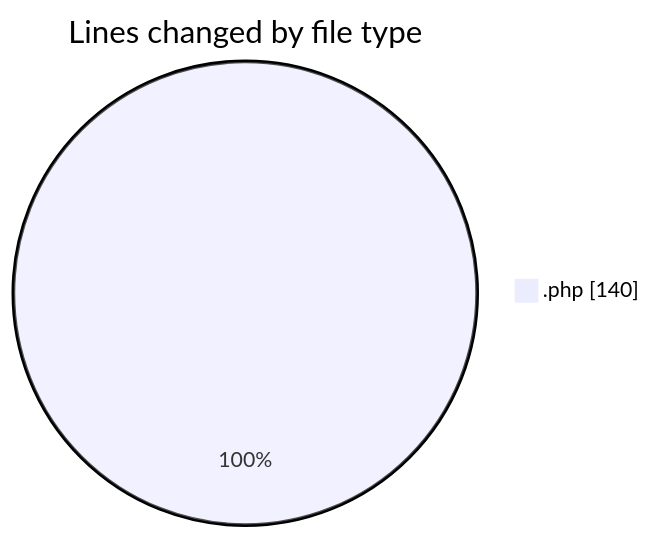
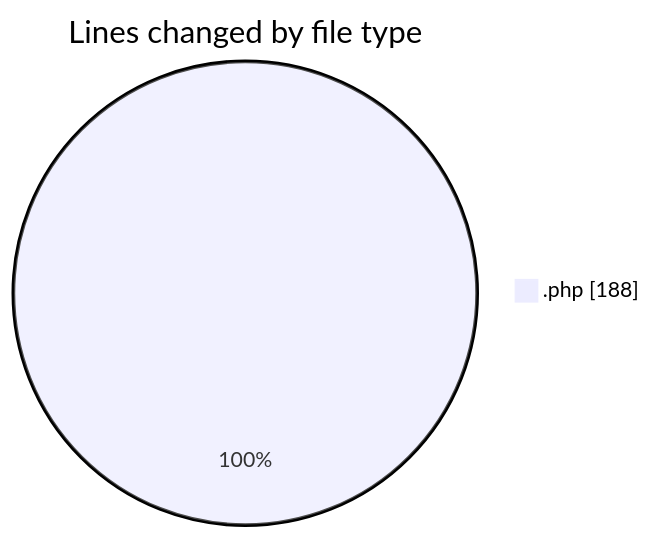
The first of 2 diagrams in 2025-01-22/includes/README.md (LanceThiago/code-tracking), drawn with Mermaid before and after one commit. The commit also changed other lines of this file and 1 other file, not shown here.

````diff
--- a/2025-01-22/includes/README.md
+++ b/2025-01-22/includes/README.md
@@ -20,5 +20,5 @@
 ```mermaid
 pie showData
 title Lines changed by file type
-".php" : 140
+".php" : 188
 ```
````
